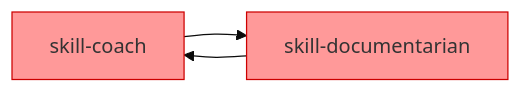
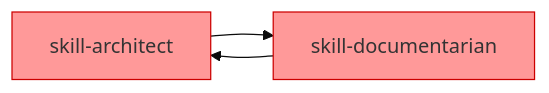
One commit to curiositech/port-daddy changed the fourth of 5 diagrams in skills/skill-architect/references/skill-composition.md. Above: the diagram before and after it, drawn with Mermaid (base theme). The commit also changed 96 other files, not shown here.

First line of the commit message:
skills: land gpui/Rust/design skill family + skill-architect indexer

````diff
--- a/skills/skill-architect/references/skill-composition.md
+++ b/skills/skill-architect/references/skill-composition.md
@@ -63,6 +63,6 @@
 ```mermaid
 flowchart LR
-  SA["skill-coach"] --> SB["skill-documentarian"] --> SA
+  SA["skill-architect"] --> SB["skill-documentarian"] --> SA
   style SA fill:#f99,stroke:#c00
   style SB fill:#f99,stroke:#c00
 ```
````
